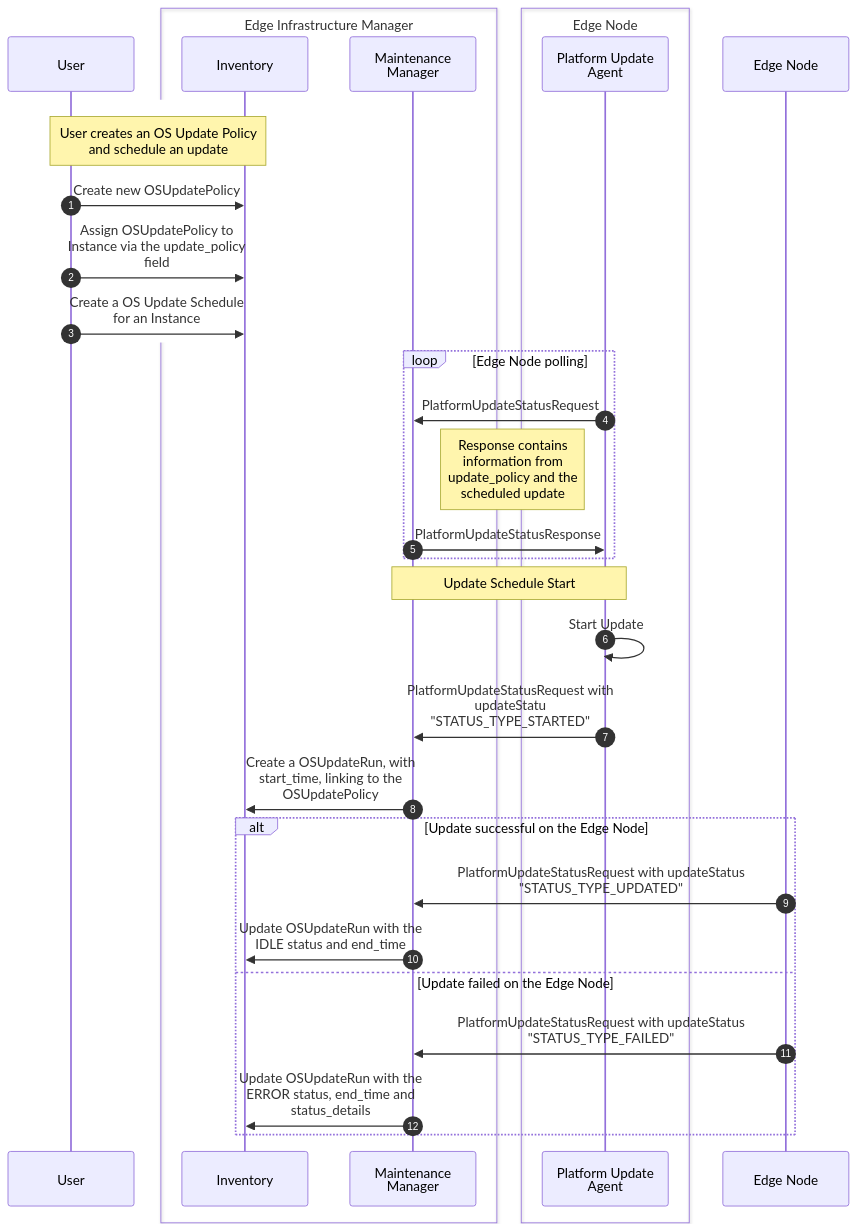
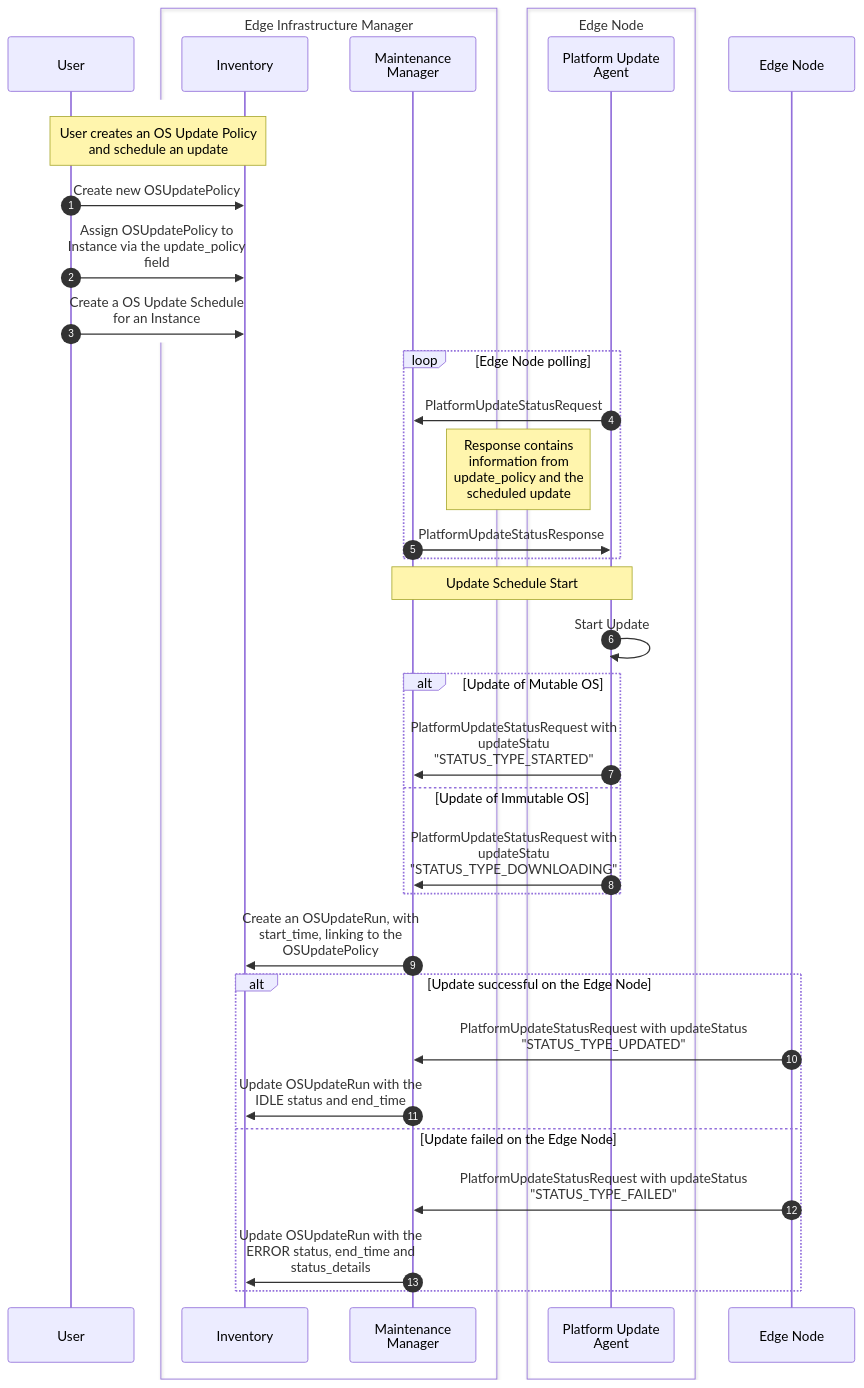
Before and after one commit to open-edge-platform/edge-manageability-framework: the first of 4 diagrams in design-proposals/edge-infra-day2-improvements.md, drawn with Mermaid. The commit also changed other lines of this file and 1 other file, not shown here.

````diff
--- a/design-proposals/edge-infra-day2-improvements.md
+++ b/design-proposals/edge-infra-day2-improvements.md
@@ -232,39 +233,43 @@
 ```mermaid
 sequenceDiagram
 %%{wrap}%%
 autonumber
     participant User
     box Edge Infrastructure Manager
     participant Inventory
     participant MM as Maintenance Manager
     end
     box Edge Node
     participant PUA as Platform Update Agent
     end
 
     rect rgb(255,255,255)
         note over User,Inventory: User creates an OS Update Policy and schedule an update
         User->>Inventory: Create new OSUpdatePolicy
         User->>Inventory: Assign OSUpdatePolicy to Instance via the update_policy field
         User->>Inventory: Create a OS Update Schedule for an Instance
     end
 
     loop Edge Node polling
         PUA->>MM: PlatformUpdateStatusRequest
         note left of PUA: Response contains information from update_policy and the scheduled update
         MM->>PUA: PlatformUpdateStatusResponse
     end
     
     note over MM,PUA: Update Schedule Start
     PUA->>PUA: Start Update
-    PUA->>MM: PlatformUpdateStatusRequest with updateStatu "STATUS_TYPE_STARTED"
-    MM->>Inventory: Create a OSUpdateRun, with start_time, linking to the OSUpdatePolicy
+    alt Update of Mutable OS
+      PUA->>MM: PlatformUpdateStatusRequest with updateStatu "STATUS_TYPE_STARTED"
+    else Update of Immutable OS
+      PUA->>MM: PlatformUpdateStatusRequest with updateStatu "STATUS_TYPE_DOWNLOADING"
+    end
+    MM->>Inventory: Create an OSUpdateRun, with start_time, linking to the OSUpdatePolicy
     
     alt Update successful on the Edge Node
         Edge Node->>MM: PlatformUpdateStatusRequest with updateStatus "STATUS_TYPE_UPDATED"
         MM->>Inventory: Update OSUpdateRun with the IDLE status and end_time
     else Update failed on the Edge Node
         Edge Node->>MM: PlatformUpdateStatusRequest with updateStatus "STATUS_TYPE_FAILED"
         MM->>Inventory: Update OSUpdateRun with the ERROR status, end_time and status_details
     end
 ```
````
